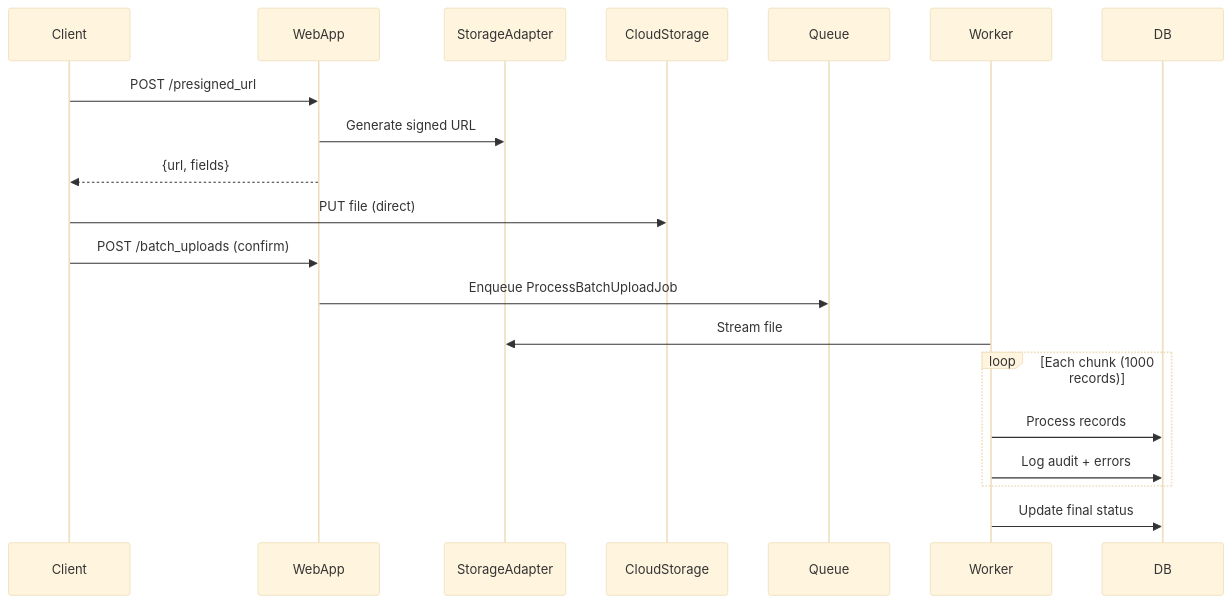
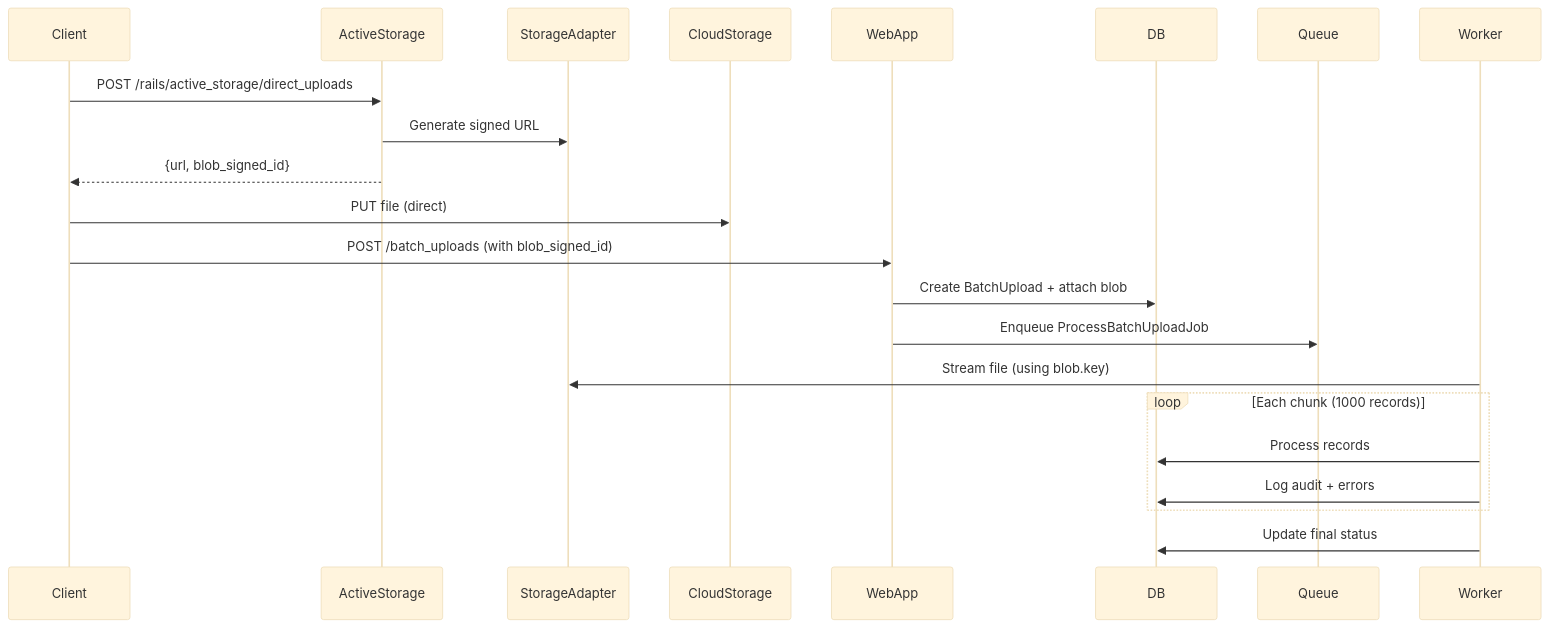
The fifth of 5 diagrams in docs/architecture/batch-upload/batch-upload.md (navapbc/oscer), drawn with Mermaid (base theme) before and after one commit. The commit also changed other lines of this file and 1 other file, not shown here.

First line of the commit message:
Document Active Storage adoption for batch upload v2 (#258)

````diff
--- a/docs/architecture/batch-upload/batch-upload.md
+++ b/docs/architecture/batch-upload/batch-upload.md
@@ -294,15 +295,16 @@
 ```mermaid
 sequenceDiagram
-    Client->>WebApp: POST /presigned_url
-    WebApp->>StorageAdapter: Generate signed URL
-    WebApp-->>Client: {url, fields}
+    Client->>ActiveStorage: POST /rails/active_storage/direct_uploads
+    ActiveStorage->>StorageAdapter: Generate signed URL
+    ActiveStorage-->>Client: {url, blob_signed_id}
     Client->>CloudStorage: PUT file (direct)
-    Client->>WebApp: POST /batch_uploads (confirm)
+    Client->>WebApp: POST /batch_uploads (with blob_signed_id)
+    WebApp->>DB: Create BatchUpload + attach blob
     WebApp->>Queue: Enqueue ProcessBatchUploadJob
-    Worker->>StorageAdapter: Stream file
+    Worker->>StorageAdapter: Stream file (using blob.key)
     loop Each chunk (1000 records)
         Worker->>DB: Process records
         Worker->>DB: Log audit + errors
     end
     Worker->>DB: Update final status
 ```
````
